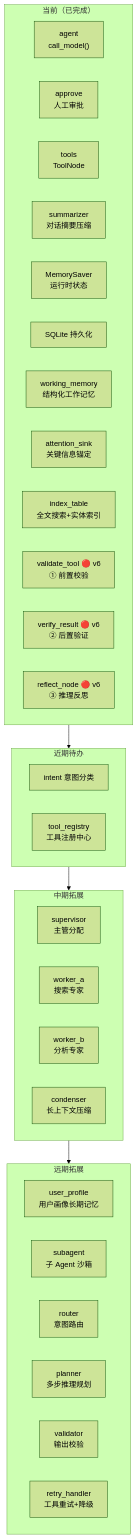
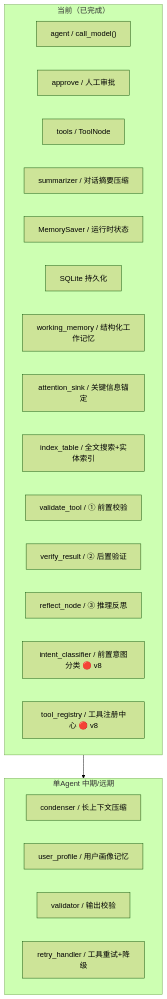
Before and after one commit to wuLa0702/llm_wiki_selfbuild: the eighth of 9 diagrams in docs/agent-architecture-diagrams.md, drawn with Mermaid (forest theme). The commit also changed other lines of this file, not shown here.

First line of the commit message:
docs: Agent 架构图更新至 v8（intent_classifier + ToolRegistry）

````diff
--- a/docs/agent-architecture-diagrams.md
+++ b/docs/agent-architecture-diagrams.md
@@ -551,42 +651,28 @@
 ```mermaid
 flowchart TD
     subgraph CURRENT["当前（已完成）"]
-        AGENT["agent<br/>call_model()"]
-        APPROVE["approve<br/>人工审批"]
-        TOOLS["tools<br/>ToolNode"]
-        SUMM["summarizer<br/>对话摘要压缩"]
-        CHECK["MemorySaver<br/>运行时状态"]
+        AGENT["agent / call_model()"]
+        APPROVE["approve / 人工审批"]
+        TOOLS["tools / ToolNode"]
+        SUMM["summarizer / 对话摘要压缩"]
+        CHECK["MemorySaver / 运行时状态"]
         SQLITE["SQLite 持久化"]
-        WM["working_memory<br/>结构化工作记忆"]
-        SINK["attention_sink<br/>关键信息锚定"]
-        INDEX["index_table<br/>全文搜索+实体索引"]
-        VALIDATE["validate_tool 🔴 v6<br/>① 前置校验"]
-        VERIFY["verify_result 🔴 v6<br/>② 后置验证"]
-        REFLECT["reflect_node 🔴 v6<br/>③ 推理反思"]
+        WM["working_memory / 结构化工作记忆"]
+        SINK["attention_sink / 关键信息锚定"]
+        INDEX["index_table / 全文搜索+实体索引"]
+        VALIDATE["validate_tool / ① 前置校验"]
+        VERIFY["verify_result / ② 后置验证"]
+        REFLECT["reflect_node / ③ 推理反思"]
+        INTENT["intent_classifier / 前置意图分类 🔴 v8"]
+        REG["tool_registry / 工具注册中心 🔴 v8"]
     end
 
-    subgraph P1["近期待办"]
-        PERCEPT_INTENT["intent 意图分类"]
-        TOOL_REGISTRY["tool_registry<br/>工具注册中心"]
+    subgraph P2P3["单Agent 中期/远期"]
+        CONDENSER["condenser / 长上下文压缩"]
+        PROFILE["user_profile / 用户画像记忆"]
+        VALIDATOR["validator / 输出校验"]
+        RETRY["retry_handler / 工具重试+降级"]
     end
 
-    subgraph P2["中期拓展"]
-        SUPERVISOR["supervisor<br/>主管分配"]
-        WORKER1["worker_a<br/>搜索专家"]
-        WORKER2["worker_b<br/>分析专家"]
-        CONDENSER["condenser<br/>长上下文压缩"]
-    end
-
-    subgraph P3["远期拓展"]
-        PROFILE["user_profile<br/>用户画像长期记忆"]
-        SUBAGENT["subagent<br/>子 Agent 沙箱"]
-        ROUTER["router<br/>意图路由"]
-        PLANNER["planner<br/>多步推理规划"]
-        VALIDATOR["validator<br/>输出校验"]
-        RETRY["retry_handler<br/>工具重试+降级"]
-    end
-
-    CURRENT --> P1
-    P1 --> P2
-    P2 --> P3
+    CURRENT --> P2P3
 ```
````
